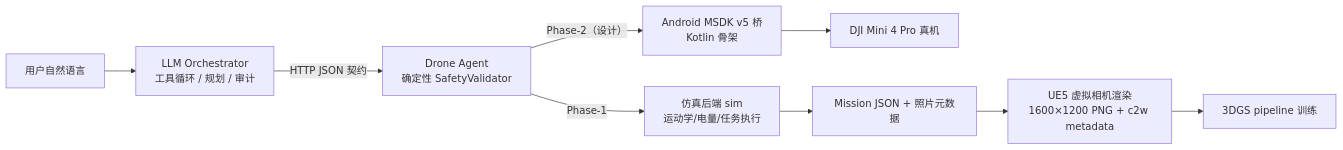
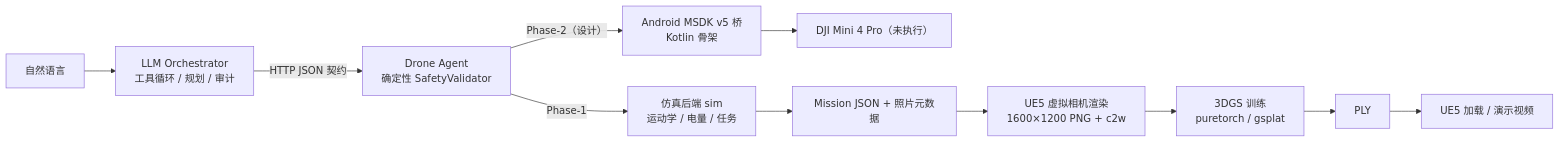
One commit to SileSnow/3DGS-UE5-AIdriven changed the diagram in README.md. Above: the diagram before and after it, drawn with Mermaid. The commit also changed other lines of this file and 88 other files, not shown here.

First line of the commit message:
feat: 3DGS v3-scene pipeline + gsplat backend; docs overhaul for public release

````diff
--- a/README.md
+++ b/README.md
@@ -20,11 +31,13 @@
 ```mermaid
 flowchart LR
-    U[用户自然语言] --> O[LLM Orchestrator<br/>工具循环 / 规划 / 审计]
+    U[自然语言] --> O[LLM Orchestrator<br/>工具循环 / 规划 / 审计]
     O -->|HTTP JSON 契约| A[Drone Agent<br/>确定性 SafetyValidator]
-    A -->|Phase-1| S[仿真后端 sim<br/>运动学/电量/任务执行]
+    A -->|Phase-1| S[仿真后端 sim<br/>运动学 / 电量 / 任务]
     A -->|Phase-2（设计）| B[Android MSDK v5 桥<br/>Kotlin 骨架]
-    B --> D[DJI Mini 4 Pro 真机]
+    B --> D[DJI Mini 4 Pro（未执行）]
     S --> M[Mission JSON + 照片元数据]
-    M --> E[UE5 虚拟相机渲染<br/>1600×1200 PNG + c2w metadata]
-    E --> G[3DGS pipeline 训练]
+    M --> E[UE5 虚拟相机渲染<br/>1600×1200 PNG + c2w]
+    E --> G[3DGS 训练<br/>puretorch / gsplat]
+    G --> P[PLY]
+    P --> V[UE5 加载 / 演示视频]
 ```
````
